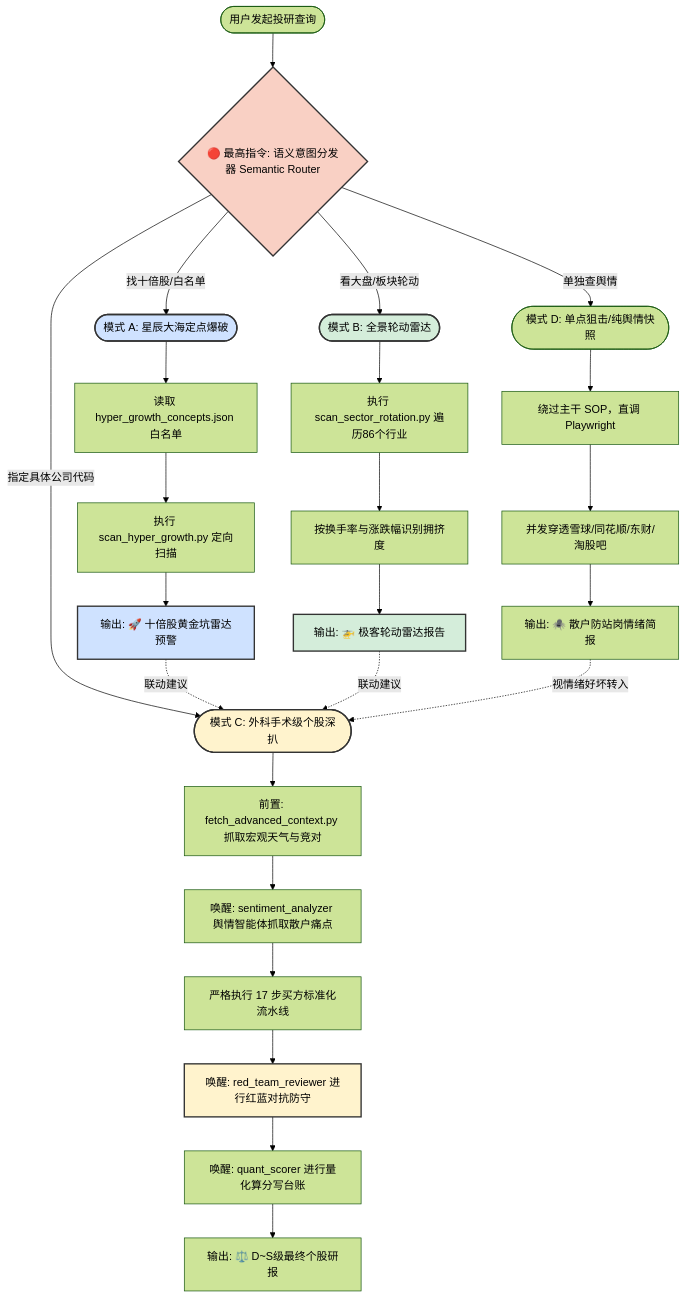
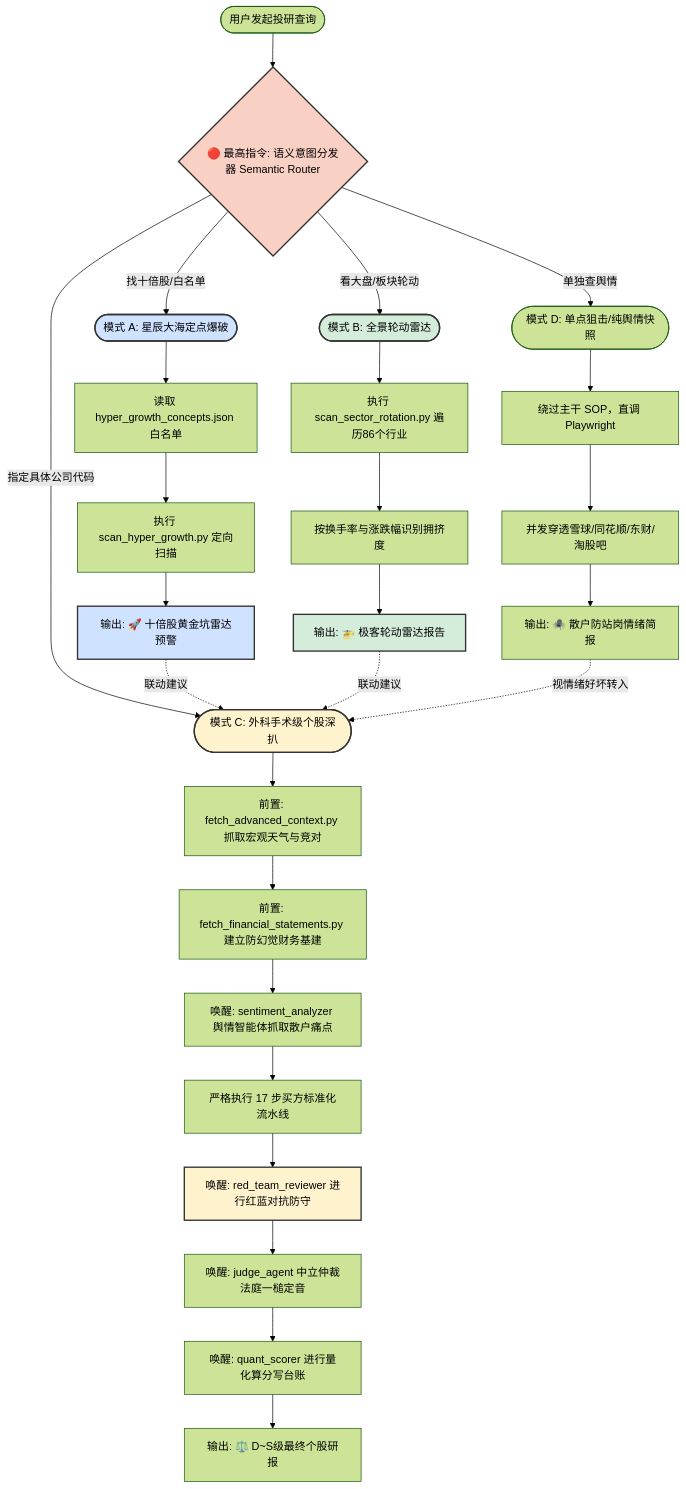
One commit to nihong/company-researcher changed the diagram in README.md. Above: the diagram before and after it, drawn with Mermaid (forest theme). The commit also changed other lines of this file, not shown here.

````diff
--- a/README.md
+++ b/README.md
@@ -24,40 +24,42 @@
 ```mermaid
 graph TD
     A([用户发起投研查询]) --> B{🔴 最高指令: 语义意图分发器 Semantic Router}
     
     B -- "找十倍股/白名单" --> C([模式 A: 星辰大海定点爆破])
     C --> C1[读取 hyper_growth_concepts.json 白名单]
     C1 --> C2[执行 scan_hyper_growth.py 定向扫描]
     C2 --> C3[输出: 🚀 十倍股黄金坑雷达预警]
     
     B -- "看大盘/板块轮动" --> D([模式 B: 全景轮动雷达])
     D --> D1[执行 scan_sector_rotation.py 遍历86个行业]
     D1 --> D2[按换手率与涨跌幅识别拥挤度]
     D2 --> D3[输出: 🚁 极客轮动雷达报告]
     
     B -- "指定具体公司代码" --> E([模式 C: 外科手术级个股深扒])
     E --> E1[前置: fetch_advanced_context.py 抓取宏观天气与竞对]
-    E1 --> E1_1[唤醒: sentiment_analyzer 舆情智能体抓取散户痛点]
-    E1_1 --> E2[严格执行 17 步买方标准化流水线]
+    E1 --> E1_1[前置: fetch_financial_statements.py 建立防幻觉财务基建]
+    E1_1 --> E1_2[唤醒: sentiment_analyzer 舆情智能体抓取散户痛点]
+    E1_2 --> E2[严格执行 17 步买方标准化流水线]
     E2 --> E3[唤醒: red_team_reviewer 进行红蓝对抗防守]
-    E3 --> E4[唤醒: quant_scorer 进行量化算分写台账]
+    E3 --> E3_1[唤醒: judge_agent 中立仲裁法庭一槌定音]
+    E3_1 --> E4[唤醒: quant_scorer 进行量化算分写台账]
     E4 --> E5[输出: ⚖️ D~S级最终个股研报]
     
     B -- "单独查舆情" --> F([模式 D: 单点狙击/纯舆情快照])
     F --> F1[绕过主干 SOP，直调 Playwright]
     F1 --> F2[并发穿透雪球/同花顺/东财/淘股吧]
     F2 --> F3[输出: 🕷️ 散户防站岗情绪简报]
     
     C3 -.->|联动建议| E
     D3 -.->|联动建议| E
     F3 -.->|视情绪好坏转入| E
     
     classDef red fill:#f9d0c4,stroke:#333,stroke-width:2px;
     class B red;
     classDef blue fill:#cfe2ff,stroke:#333,stroke-width:2px;
     class C,C3 blue;
     classDef green fill:#d4edda,stroke:#333,stroke-width:2px;
     class D,D3 green;
     classDef yellow fill:#fff3cd,stroke:#333,stroke-width:2px;
     class E,E3 yellow;
 ```
````
